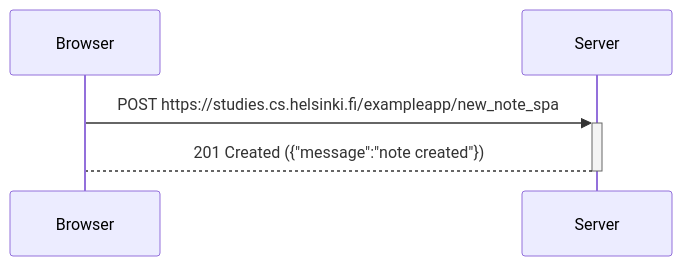
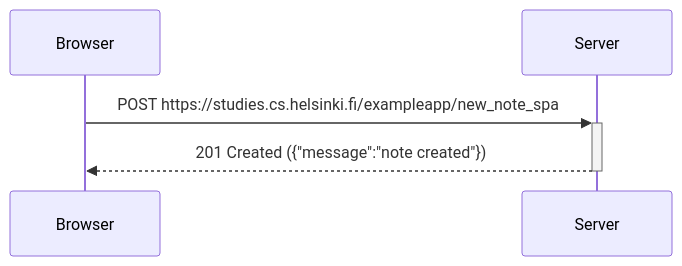
One commit to manroe887/Exercise-HTML-0.1.-0.6. changed the second of 2 diagrams in README.md. Above: the diagram before and after it, drawn with Mermaid. The commit also changed other lines of this file, not shown here.

Commit message:
Fix arrow direction in README sequence diagrams

````diff
--- a/README.md
+++ b/README.md
@@ -23,5 +23,5 @@
 ```mermaid
 sequenceDiagram;
     Browser ->>+ Server: POST https://studies.cs.helsinki.fi/exampleapp/new_note_spa
-    Server -->- Browser: 201 Created ({"message":"note created"})
+    Server -->>- Browser: 201 Created ({"message":"note created"})
 ```
````
